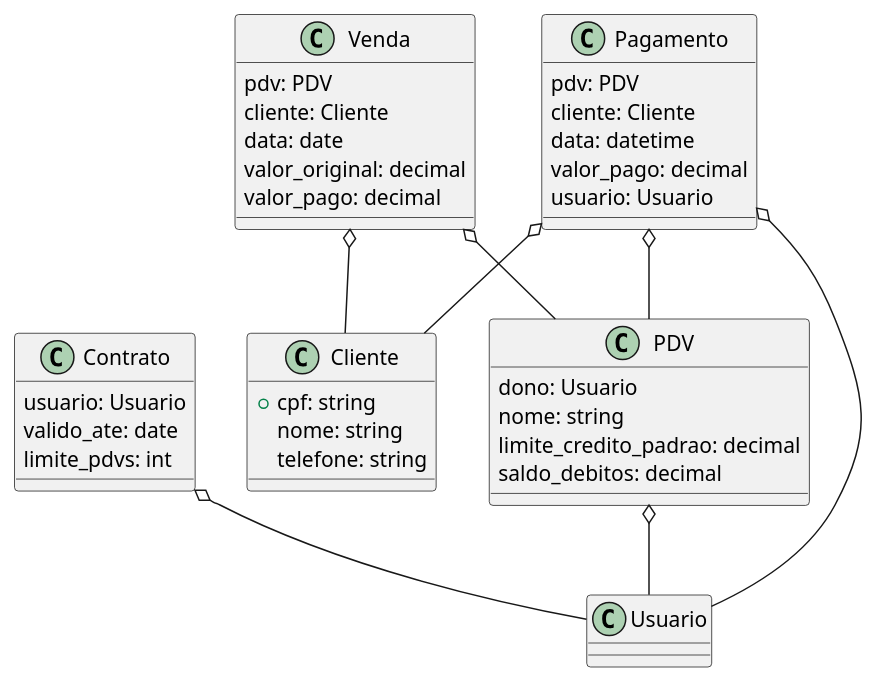
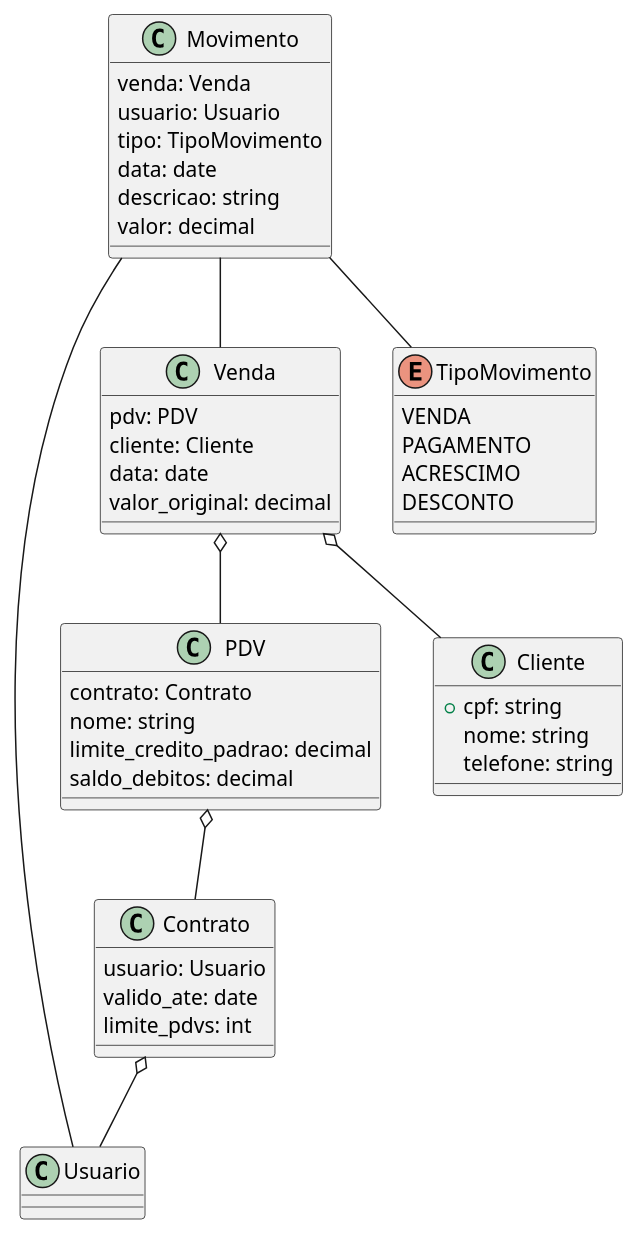
One commit to guionardo/pindurai changed the diagram in docs/entidades.puml. Above: the diagram before and after it, drawn with PlantUML. The commit also changed 21 other files, not shown here.

```diff
--- a/docs/entidades.puml
+++ b/docs/entidades.puml
@@ -1,53 +1,61 @@
 @startuml entidades
 
 class Usuario {
 
 }
 
 class Contrato {
     usuario: Usuario
     valido_ate: date
     limite_pdvs: int
 
 }
 
 Contrato o-- Usuario
 
 class PDV {
-    dono: Usuario
+    contrato: Contrato
     nome: string
     limite_credito_padrao: decimal
     saldo_debitos: decimal
 }
 
-PDV o-- Usuario
+PDV o-- Contrato
 
 class Cliente {
     +cpf: string
     nome: string
     telefone: string
 }
 
 class Venda {
     pdv: PDV
     cliente: Cliente
     data: date
     valor_original: decimal
-    valor_pago: decimal
 }
+
+enum TipoMovimento {
+    VENDA
+    PAGAMENTO
+    ACRESCIMO
+    DESCONTO
+}
+class Movimento{
+    venda: Venda
+    usuario: Usuario
+    tipo: TipoMovimento
+    data: date
+    descricao: string
+    valor: decimal
+}
+
+Movimento -- TipoMovimento
+Movimento -- Venda
+Movimento -- Usuario
 
 Venda o-- PDV
 Venda o-- Cliente
 
-class Pagamento {
-    pdv: PDV
-    cliente: Cliente
-    data: datetime
-    valor_pago: decimal
-    usuario: Usuario
-}
 
-Pagamento o-- PDV
-Pagamento o-- Cliente
-Pagamento o-- Usuario
 @enduml
```
